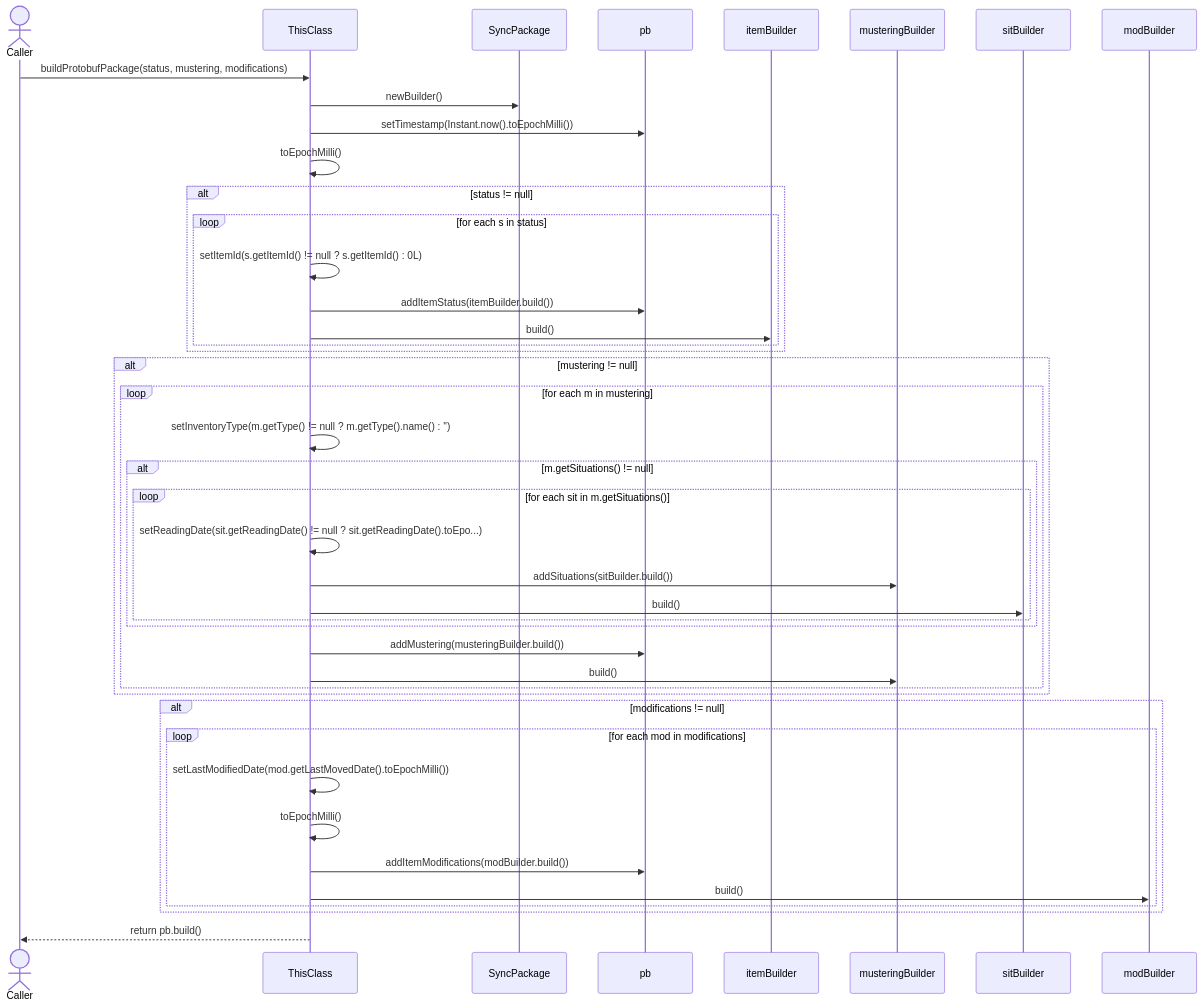
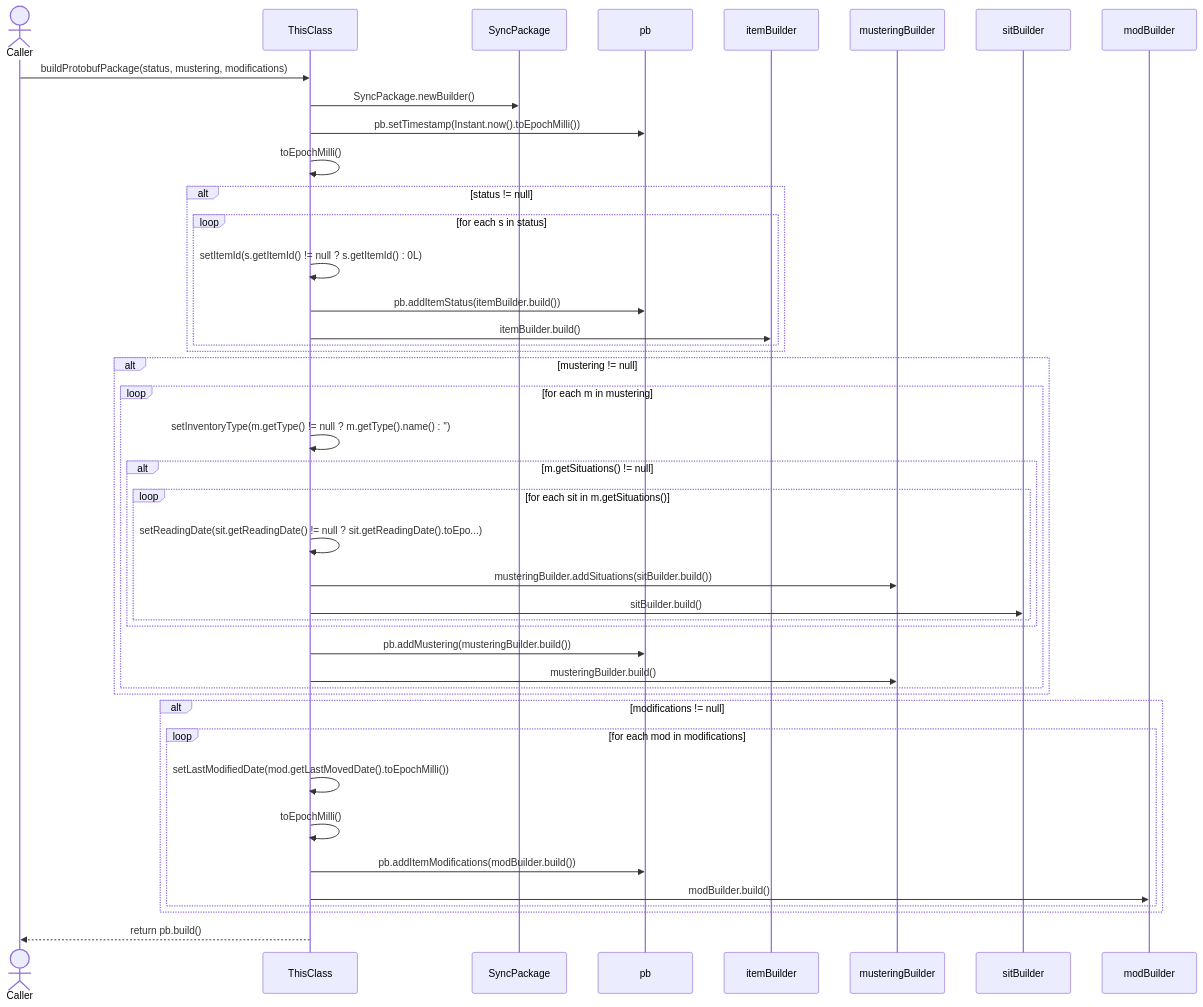
Diagram 13 of 16 in docs/CloudSyncUploadService.md (FelipeMCassiano/geanky), drawn with Mermaid before and after one commit. The commit also changed other lines of this file and 6 other files, not shown here.

````diff
--- a/docs/CloudSyncUploadService.md
+++ b/docs/CloudSyncUploadService.md
@@ -941,47 +941,47 @@
 ```mermaid
 sequenceDiagram
     actor Caller
     participant ThisClass
     participant SyncPackage
     participant pb
     participant itemBuilder
     participant musteringBuilder
     participant sitBuilder
     participant modBuilder
 
     Caller->>ThisClass: buildProtobufPackage(status, mustering, modifications)
-    ThisClass->>SyncPackage: newBuilder()
-    ThisClass->>pb: setTimestamp(Instant.now().toEpochMilli())
+    ThisClass->>SyncPackage: SyncPackage.newBuilder()
+    ThisClass->>pb: pb.setTimestamp(Instant.now().toEpochMilli())
     ThisClass->>ThisClass: toEpochMilli()
     alt status != null
     loop for each s in status
     ThisClass->>ThisClass: setItemId(s.getItemId() != null ? s.getItemId() : 0L)
-    ThisClass->>pb: addItemStatus(itemBuilder.build())
-    ThisClass->>itemBuilder: build()
+    ThisClass->>pb: pb.addItemStatus(itemBuilder.build())
+    ThisClass->>itemBuilder: itemBuilder.build()
     end
     end
     alt mustering != null
     loop for each m in mustering
     ThisClass->>ThisClass: setInventoryType(m.getType() != null ? m.getType().name() : '')
     alt m.getSituations() != null
     loop for each sit in m.getSituations()
     ThisClass->>ThisClass: setReadingDate(sit.getReadingDate() != null ? sit.getReadingDate().toEpo...)
-    ThisClass->>musteringBuilder: addSituations(sitBuilder.build())
-    ThisClass->>sitBuilder: build()
+    ThisClass->>musteringBuilder: musteringBuilder.addSituations(sitBuilder.build())
+    ThisClass->>sitBuilder: sitBuilder.build()
     end
     end
-    ThisClass->>pb: addMustering(musteringBuilder.build())
-    ThisClass->>musteringBuilder: build()
+    ThisClass->>pb: pb.addMustering(musteringBuilder.build())
+    ThisClass->>musteringBuilder: musteringBuilder.build()
     end
     end
     alt modifications != null
     loop for each mod in modifications
     ThisClass->>ThisClass: setLastModifiedDate(mod.getLastMovedDate().toEpochMilli())
     ThisClass->>ThisClass: toEpochMilli()
-    ThisClass->>pb: addItemModifications(modBuilder.build())
-    ThisClass->>modBuilder: build()
+    ThisClass->>pb: pb.addItemModifications(modBuilder.build())
+    ThisClass->>modBuilder: modBuilder.build()
     end
     end
     ThisClass-->>Caller: return pb.build()
 
 ```
````
